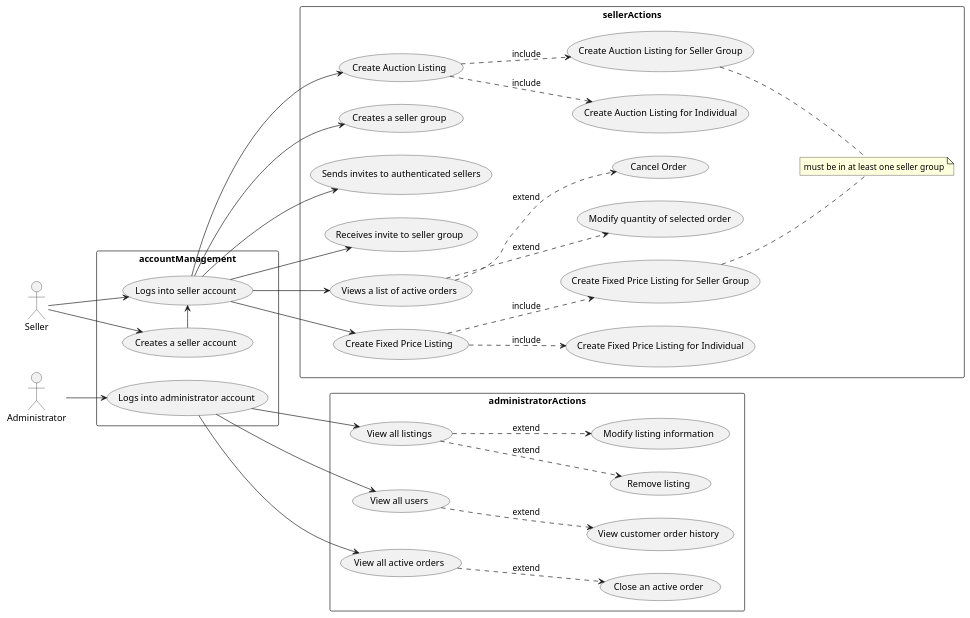
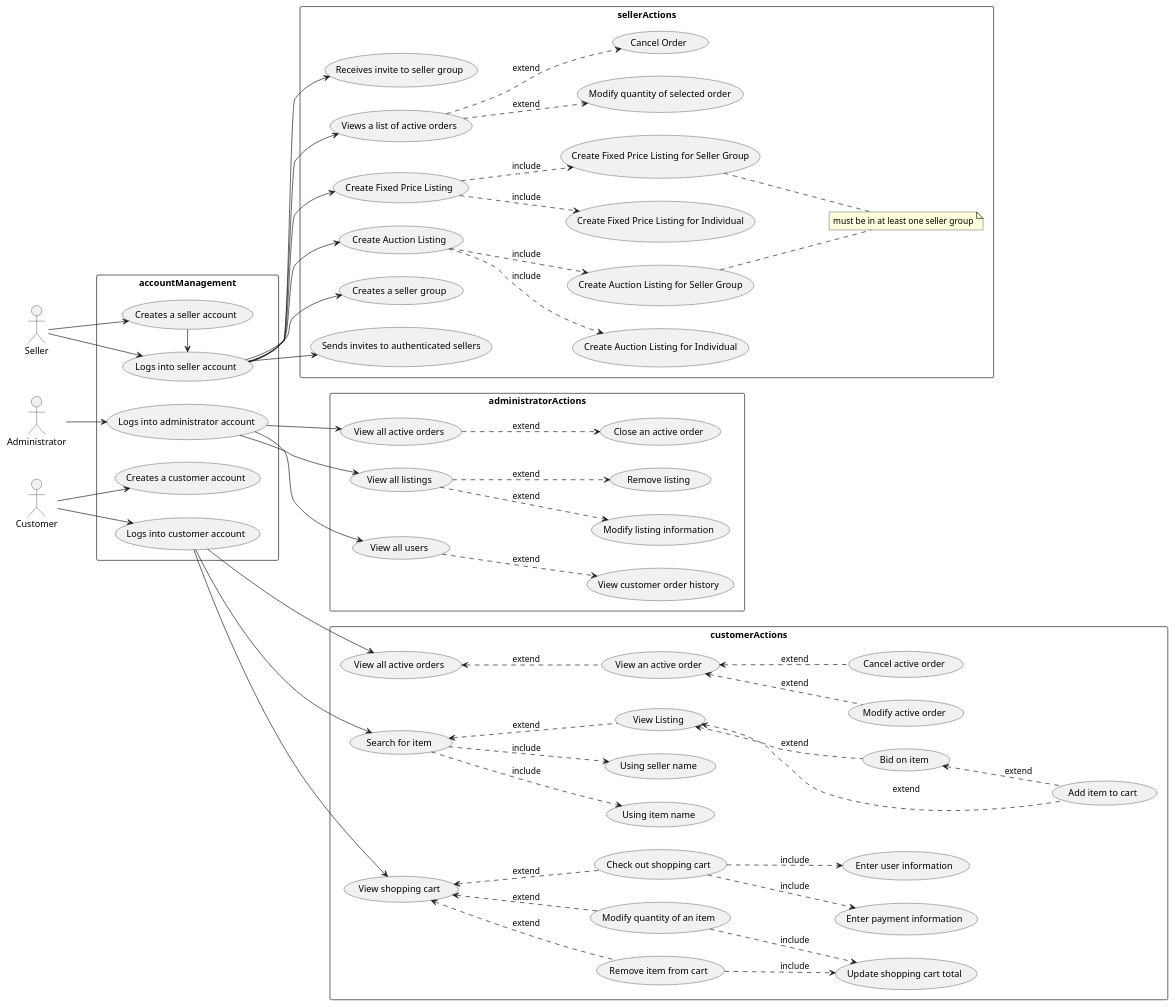
The diagram in docs/part1/usecase.plantuml (SWEN900072022/TeamZeroMarketPlaceBackEnd), drawn with PlantUML before and after one commit.

Commit message:
added customer use case diagram

```diff
--- a/docs/part1/usecase.plantuml
+++ b/docs/part1/usecase.plantuml
@@ -1,48 +1,83 @@
 @startuml
 skinparam packageStyle rectangle
 left to right direction
+
+actor Customer
 actor Seller
 actor Administrator
+
 rectangle accountManagement {
-Seller --> (Logs into seller account)
-Seller -> (Creates a seller account)
-Administrator --> (Logs into administrator account)
-(Creates a seller account) -> (Logs into seller account)
+    Seller --> (Logs into seller account)
+    Seller -> (Creates a seller account)
+    Administrator --> (Logs into administrator account)
+    (Creates a seller account) -> (Logs into seller account)
+    Customer --> (Creates a customer account)
+    Customer --> (Logs into customer account)
+
 }
 
 rectangle sellerActions {
-note "must be in at least one seller group" as N1
+    note "must be in at least one seller group" as N1
 
-(Logs into seller account) -->(Create Fixed Price Listing)
-(Create Fixed Price Listing) -.> (Create Fixed Price Listing for Individual):include
-(Create Fixed Price Listing) -.> (Create Fixed Price Listing for Seller Group):include
-(Create Fixed Price Listing for Seller Group) .. (N1)
+    (Logs into seller account) -->(Create Fixed Price Listing)
+    (Create Fixed Price Listing) -.> (Create Fixed Price Listing for Individual):include
+    (Create Fixed Price Listing) -.> (Create Fixed Price Listing for Seller Group):include
+    (Create Fixed Price Listing for Seller Group) .. (N1)
 
-(Logs into seller account) --> (Create Auction Listing)
-(Create Auction Listing) -.> (Create Auction Listing for Individual):include
+    (Logs into seller account) --> (Create Auction Listing)
+    (Create Auction Listing) -.> (Create Auction Listing for Individual):include
 
-(Create Auction Listing) -.> (Create Auction Listing for Seller Group): include
-(Create Auction Listing for Seller Group) .. (N1)
+    (Create Auction Listing) -.> (Create Auction Listing for Seller Group): include
+    (Create Auction Listing for Seller Group) .. (N1)
 
-(Logs into seller account) --> (Creates a seller group)
-(Logs into seller account) --> (Sends invites to authenticated sellers)
-(Logs into seller account) -> (Receives invite to seller group)
-(Logs into seller account) -> (Views a list of active orders)
-(Views a list of active orders) -.> (Modify quantity of selected order):extend
-(Views a list of active orders) -.> (Cancel Order):extend
+    (Logs into seller account) --> (Creates a seller group)
+    (Logs into seller account) --> (Sends invites to authenticated sellers)
+    (Logs into seller account) -> (Receives invite to seller group)
+    (Logs into seller account) -> (Views a list of active orders)
+    (Views a list of active orders) -.> (Modify quantity of selected order):extend
+    (Views a list of active orders) -.> (Cancel Order):extend
+}
 
+rectangle customerActions{
+    (View all active orders) as vCustomer
 
+    (Logs into customer account) --> (Search for item)
+    (Search for item) -.> (Using item name) :include
+    (Search for item) -.> (Using seller name):include
+    (Search for item) <.- (View Listing):extend
 
+    (View Listing) <.- (Add item to cart):extend
+    (View Listing) <.- (Bid on item):extend
+
+    (Bid on item) <.- (Add item to cart):extend
+
+    (Logs into customer account) --> (vCustomer)
+    (vCustomer)<.- (View an active order):extend
+    (View an active order) <.-(Modify active order):extend
+    (View an active order) <.-(Cancel active order):extend
+
+    (Logs into customer account) --> (View shopping cart)
+
+    (View shopping cart) <.- (Remove item from cart):extend
+    (View shopping cart) <.- (Modify quantity of an item):extend
+    (View shopping cart) <.- (Check out shopping cart):extend
+
+    (Modify quantity of an item)-.> (Update shopping cart total):include
+    (Remove item from cart) -.> (Update shopping cart total):include
+    
+    (Check out shopping cart) -.> (Enter payment information):include
+    (Check out shopping cart) -.> (Enter user information):include
 }
 
 rectangle administratorActions {
+
     (Logs into administrator account) --> (View all listings)
     (Logs into administrator account) --> (View all users)
     (Logs into administrator account) --> (View all active orders)
     (View all active orders) -.> (Close an active order):extend
     (View all users) -.> (View customer order history):extend
     (View all listings) -.> (Remove listing):extend
     (View all listings) -.> (Modify listing information):extend
 }
 
 @enduml
```
